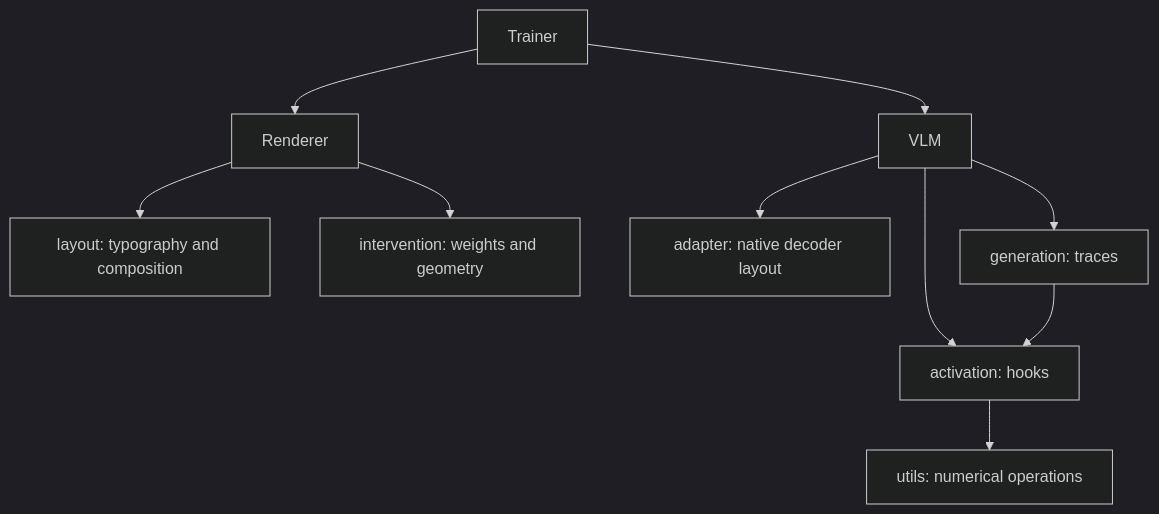
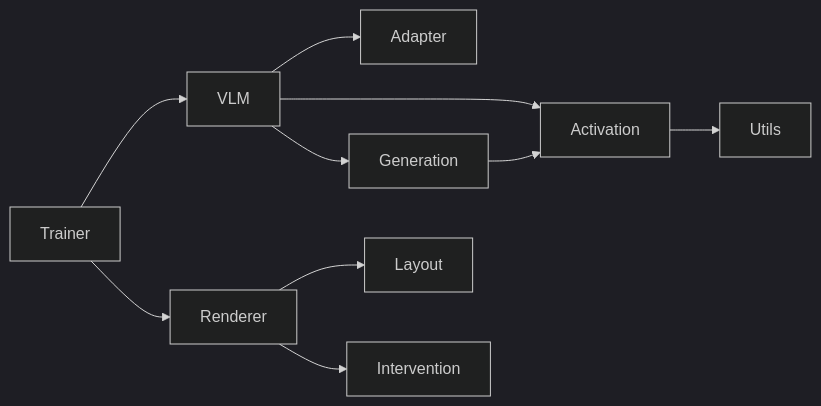
Before and after one commit to czxvan/VLMBox: the diagram in docs/architecture.md, drawn with Mermaid (dark theme). The commit also changed other lines of this file and 6 other files, not shown here.

````diff
--- a/docs/architecture.md
+++ b/docs/architecture.md
@@ -58,12 +29,12 @@
 ```mermaid
-flowchart TD
-    Trainer[Trainer] --> VLM[VLM]
-    Trainer --> Renderer[Renderer]
-    Renderer --> Layout[layout: typography and composition]
-    Renderer --> Intervention[intervention: weights and geometry]
-    VLM --> Adapter[adapter: native decoder layout]
-    VLM --> Generation[generation: traces]
-    VLM --> Activation[activation: hooks]
+flowchart LR
+    Trainer --> VLM
+    Trainer --> Renderer
+    VLM --> Adapter
+    VLM --> Activation
+    VLM --> Generation
     Generation --> Activation
-    Activation --> Utils[utils: numerical operations]
+    Activation --> Utils
+    Renderer --> Layout
+    Renderer --> Intervention
 ```
````
